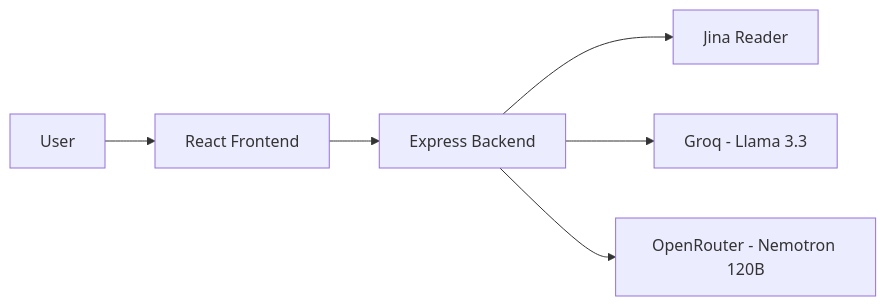
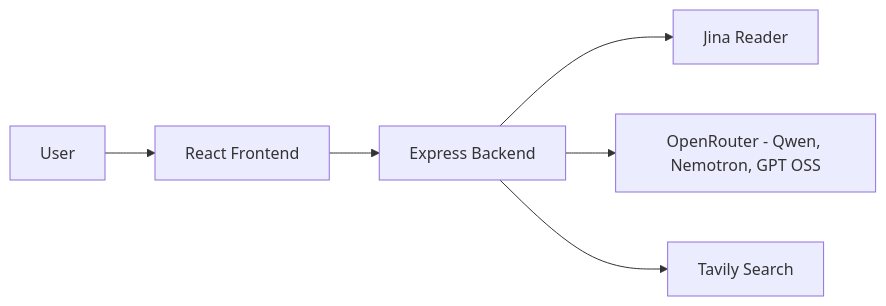
Before and after one commit to mithul2412/AEO_CrestAI: the first of 2 diagrams in docs/system-architecture.md, drawn with Mermaid. The commit also changed other lines of this file and 31 other files, not shown here.

````diff
--- a/docs/system-architecture.md
+++ b/docs/system-architecture.md
@@ -7,8 +7,8 @@
 ```mermaid
 flowchart LR
     U[User] --> F[React Frontend]
     F --> B[Express Backend]
     B --> J[Jina Reader]
-    B --> G[Groq - Llama 3.3]
-    B --> O[OpenRouter - Nemotron 120B]
+    B --> O[OpenRouter - Qwen, Nemotron, GPT OSS]
+    B --> T[Tavily Search]
 ```
````
